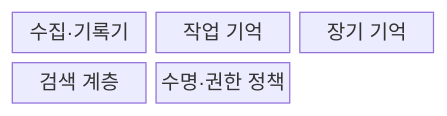
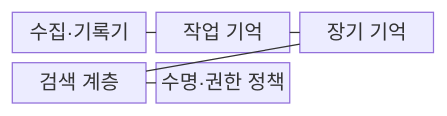
Before and after one commit to agnusdei1207/knowledge-base: the first of 2 diagrams in src/content/docs/notes/08-latest-tech/016_agent_memory.md, drawn with Mermaid. The commit also changed other lines of this file and 228 other files, not shown here.

````diff
--- a/src/content/docs/notes/08-latest-tech/016_agent_memory.md
+++ b/src/content/docs/notes/08-latest-tech/016_agent_memory.md
@@ -49,9 +49,13 @@
 ```mermaid
 block-beta
     columns 3
     C["수집·기록기"]
     W["작업 기억"]
     L["장기 기억"]
     R["검색 계층"]
     P["수명·권한 정책"]
+    C --- W
+    W --- L
+    L --- R
+    R --- P
 ```
````
